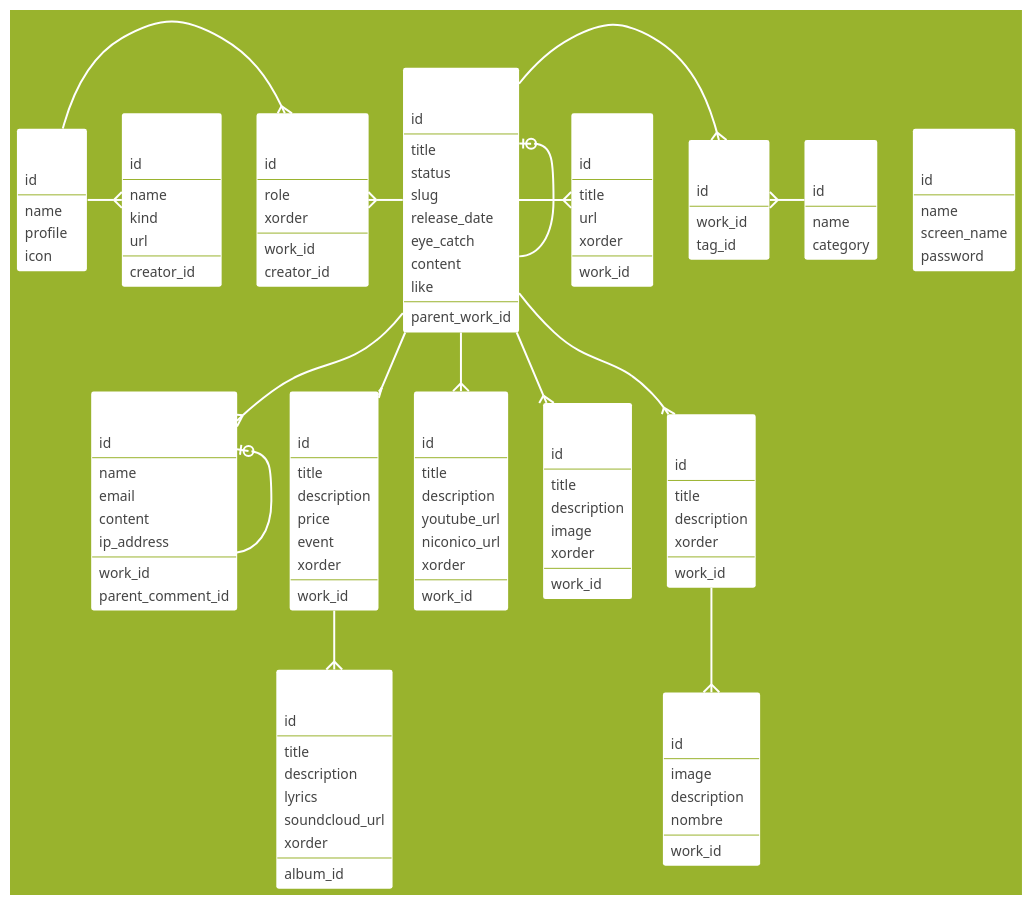
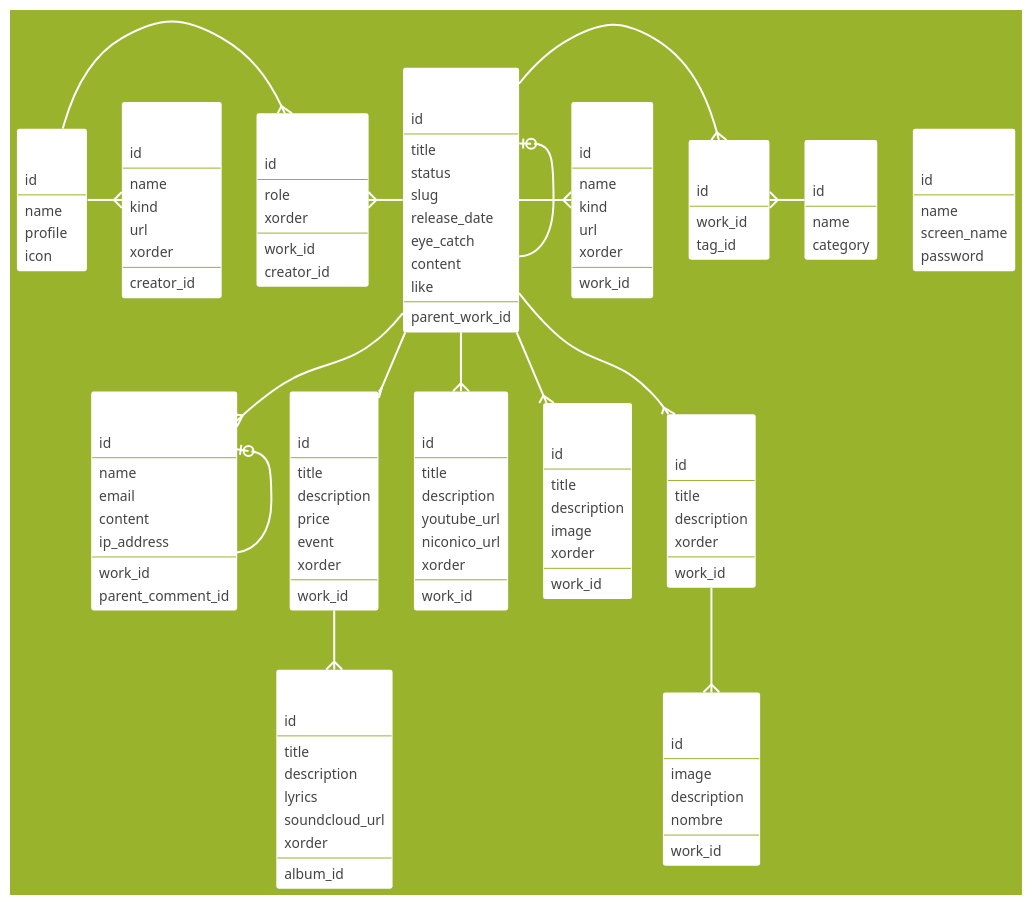
The diagram in documents/erd.puml (comorebi-notes/yorozuya), drawn with PlantUML before and after one commit. The commit also changed 13 other files, not shown here.

```diff
--- a/documents/erd.puml
+++ b/documents/erd.puml
@@ -1,193 +1,195 @@
 @startuml
 
 hide circle
 
 skinparam Shadowing false
 skinparam DefaultFontName "Ricty Diminished"
 skinparam DefaultFontSize 14
 skinparam DefaultFontStyle bold
 skinparam classFontSize 16
 skinparam classFontStyle bold
 skinparam ArrowColor white
 skinparam ArrowThickness 2
 skinparam Padding 2
 skinparam ClassBorderThickness 0
 
 skinparam DefaultFontColor #444
 skinparam BackgroundColor #99b32d
 skinparam ClassBorderColor #99b32d
 skinparam ClassHeaderBackgroundColor #c46
 skinparam ClassBackgroundColor #fff
 skinparam StereotypeCBackgroundColor #fff
 skinparam classFontColor #fff
 
 entity User {
   id
   --
   name
   screen_name
   password
 }
 
 entity Work {
   id
   --
   title
   status
   slug
   release_date
   eye_catch
   content
   like
   --
   parent_work_id
 }
 
 entity Tag {
   id
   --
   name
   category
 }
 
 entity WorkTag {
   id
   --
   work_id
   tag_id
 }
 
 entity Comment {
   id
   --
   name
   email
   content
   ip_address
   --
   work_id
   parent_comment_id
 }
 
 entity WorkSite {
   id
   --
-  title
+  name
+  kind
   url
   xorder
   --
   work_id
 }
 
 entity Album {
   id
   --
   title
   description
   price
   event
   xorder
   --
   work_id
 }
 
 entity Music {
   id
   --
   title
   description
   lyrics
   soundcloud_url
   xorder
   --
   album_id
 }
 
 entity Movie {
   id
   --
   title
   description
   youtube_url
   niconico_url
   xorder
   --
   work_id
 }
 
 entity Artwork {
   id
   --
   title
   description
   image
   xorder
   --
   work_id
 }
 
 entity Comic {
   id
   --
   title
   description
   xorder
   --
   work_id
 }
 
 entity ComicPage {
   id
   --
   image
   description
   nombre
   --
   work_id
 }
 
 entity WorkCreator {
   id
   --
   role
   xorder
   --
   work_id
   creator_id
 }
 
 entity Creator {
   id
   --
   name
   profile
   icon
 }
 
 entity CreatorSite {
   id
   --
   name
   kind
   url
+  xorder
   --
   creator_id
 }
 
 Work -{ WorkTag
 WorkTag }- Tag
 Work --{ Comment
 Comment |o- Comment
 Work -{ WorkSite
 Work --{ Album
 Album --{ Music
 Work --{ Artwork
 Work --{ Movie
 Work --{ Comic
 Comic --{ ComicPage
 Creator -{ WorkCreator
 WorkCreator }- Work
 Creator -{ CreatorSite
 Work |o- Work
 
 @enduml
```
